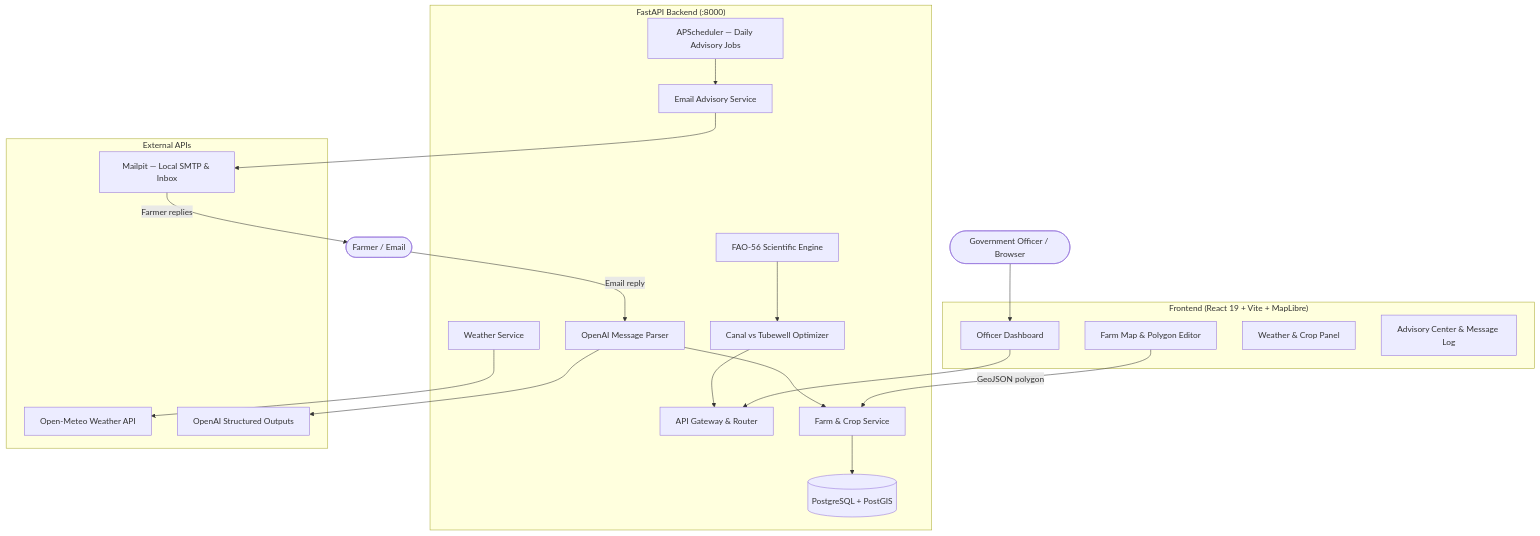
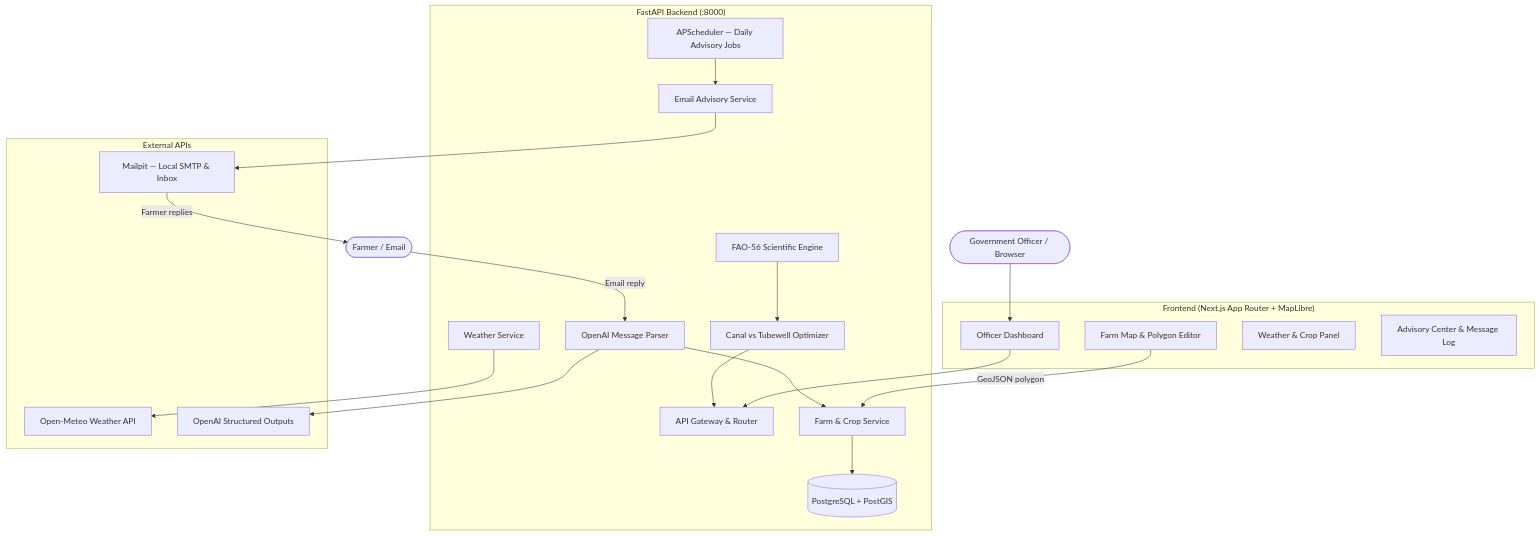
Before and after one commit to hashamtanveer-41/AquaProof_Pakistan: the diagram in README.md, drawn with Mermaid. The commit also changed other lines of this file and 50 other files, not shown here.

First line of the commit message:
feat(frontend): migrate Vite to Next.js 16 App Router

````diff
--- a/README.md
+++ b/README.md
@@ -96,44 +96,44 @@
 ```mermaid
 flowchart TD
     Officer([Government Officer / Browser])
     Farmer([Farmer / Email])
 
-    subgraph Frontend ["Frontend (React 19 + Vite + MapLibre)"]
+    subgraph Frontend ["Frontend (Next.js App Router + MapLibre)"]
         Dashboard[Officer Dashboard]
         MapEditor[Farm Map & Polygon Editor]
         WeatherPanel[Weather & Crop Panel]
         AdvisoryUI[Advisory Center & Message Log]
     end
 
     subgraph Backend ["FastAPI Backend (:8000)"]
         Router[API Gateway & Router]
         FarmSvc[Farm & Crop Service]
         SciEngine[FAO-56 Scientific Engine]
         Optimizer[Canal vs Tubewell Optimizer]
         WeatherSvc[Weather Service]
         AISvc[OpenAI Message Parser]
         EmailSvc[Email Advisory Service]
         Scheduler[APScheduler — Daily Advisory Jobs]
         DB[(PostgreSQL + PostGIS)]
     end
 
     subgraph External ["External APIs"]
         OpenMeteo[Open-Meteo Weather API]
         OpenAI[OpenAI Structured Outputs]
         Mailpit[Mailpit — Local SMTP & Inbox]
     end
 
     Officer --> Dashboard
     Dashboard --> Router
     MapEditor -->|GeoJSON polygon| FarmSvc
     FarmSvc --> DB
     WeatherSvc --> OpenMeteo
     SciEngine --> Optimizer
     Optimizer --> Router
     Scheduler --> EmailSvc
     EmailSvc --> Mailpit
     Mailpit -->|Farmer replies| Farmer
     Farmer -->|Email reply| AISvc
     AISvc --> OpenAI
     AISvc --> FarmSvc
 ```
````
